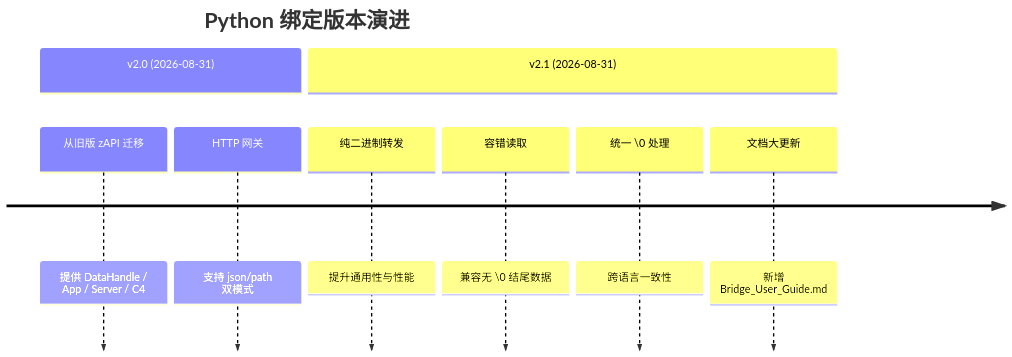
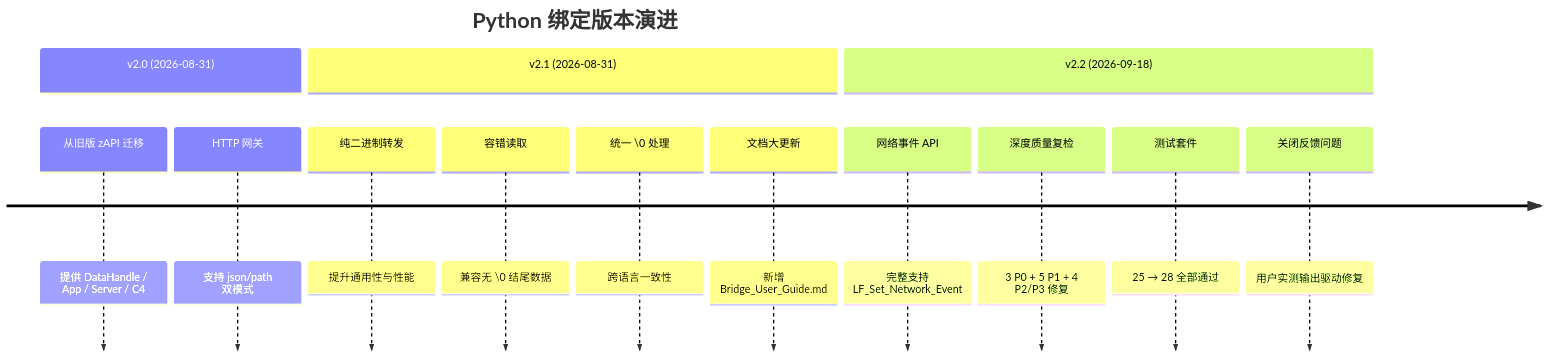
Before and after one commit to PassByYou888/LingoFuse: the ninth of 20 diagrams in Py/LingoFuse_Python_Binding_Migration_Record.md, drawn with Mermaid. The commit also changed other lines of this file, not shown here.

````diff
--- a/Py/LingoFuse_Python_Binding_Migration_Record.md
+++ b/Py/LingoFuse_Python_Binding_Migration_Record.md
@@ -268,12 +339,17 @@
 ```mermaid
 timeline
     title Python 绑定版本演进
     section v2.0 (2026-08-31)
         从旧版 zAPI 迁移 : 提供 DataHandle / App / Server / C4
         HTTP 网关 : 支持 json/path 双模式
     section v2.1 (2026-08-31)
         纯二进制转发 : 提升通用性与性能
         容错读取 : 兼容无 \0 结尾数据
         统一 \0 处理 : 跨语言一致性
         文档大更新 : 新增 Bridge_User_Guide.md
+    section v2.2 (2026-09-18)
+        网络事件 API : 完整支持 LF_Set_Network_Event
+        深度质量复检 : 3 P0 + 5 P1 + 4 P2/P3 修复
+        测试套件 : 25 → 28 全部通过
+        关闭反馈问题 : 用户实测输出驱动修复
 ```
````
